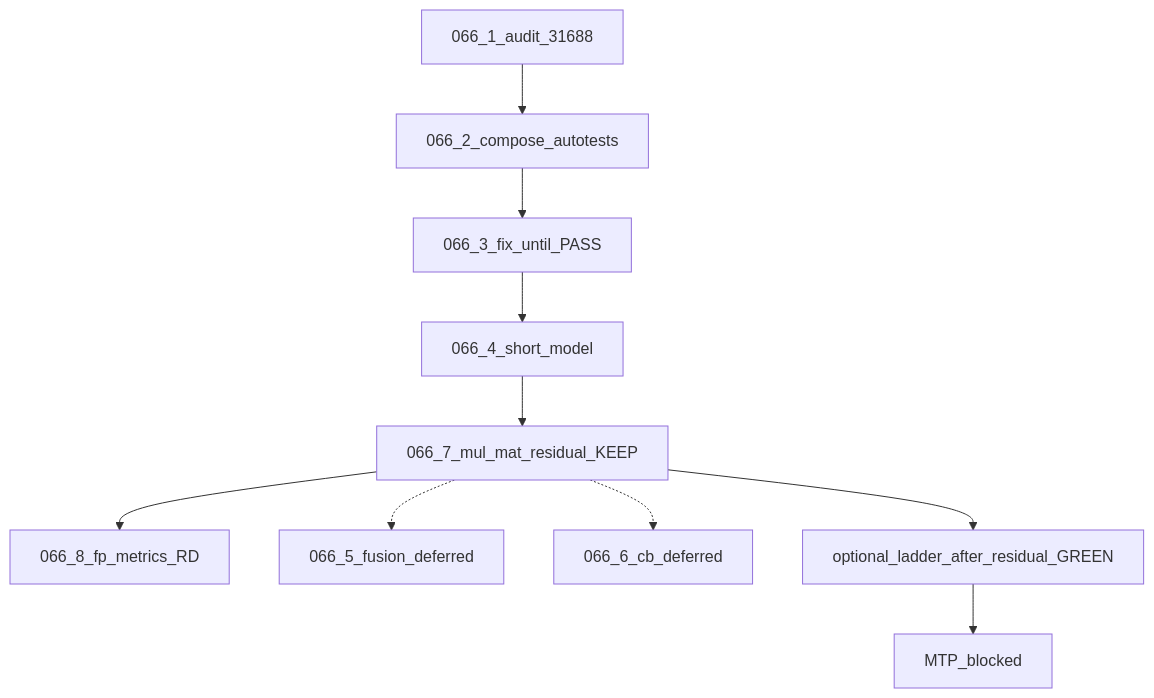
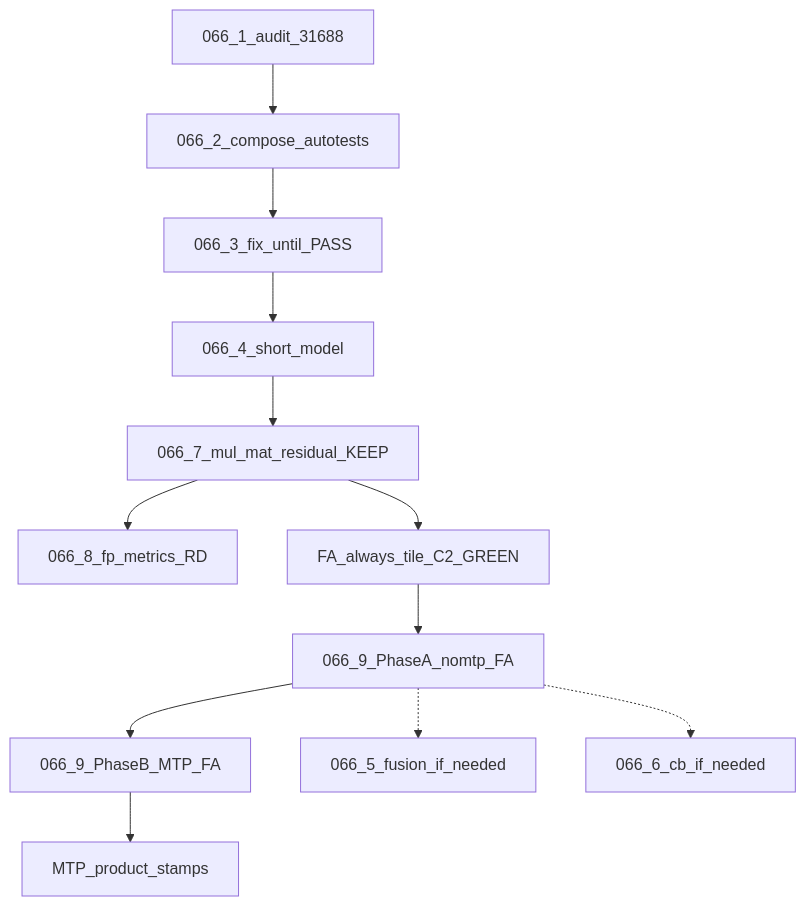
One commit to Dimon70007/atomic-llama-cpp-turboquant changed the diagram in tests/TASK-066.0-overview.md. Above: the diagram before and after it, drawn with Mermaid. The commit also changed other lines of this file and 5 other files, not shown here.

````diff
--- a/tests/TASK-066.0-overview.md
+++ b/tests/TASK-066.0-overview.md
@@ -46,19 +51,23 @@
 ```mermaid
 flowchart TD
   t1[066_1_audit_31688]
   t2[066_2_compose_autotests]
   t3[066_3_fix_until_PASS]
   t4[066_4_short_model]
   t7[066_7_mul_mat_residual_KEEP]
   t8[066_8_fp_metrics_RD]
-  t5[066_5_fusion_deferred]
-  t6[066_6_cb_deferred]
-  confirm[optional_ladder_after_residual_GREEN]
-  mtp[MTP_blocked]
+  tile[FA_always_tile_C2_GREEN]
+  t9a[066_9_PhaseA_nomtp_FA]
+  t9b[066_9_PhaseB_MTP_FA]
+  t5[066_5_fusion_if_needed]
+  t6[066_6_cb_if_needed]
+  mtp[MTP_product_stamps]
   t1 --> t2 --> t3 --> t4 --> t7
   t7 --> t8
-  t7 --> confirm
-  t7 -.-> t5
-  t7 -.-> t6
-  confirm --> mtp
+  t7 --> tile
+  tile --> t9a
+  t9a --> t9b
+  t9b --> mtp
+  t9a -.-> t5
+  t9a -.-> t6
 ```
````
